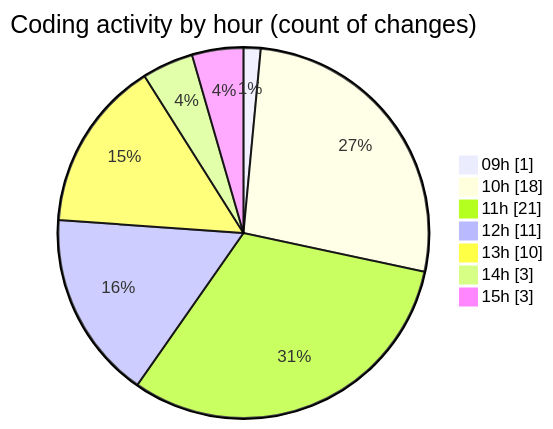
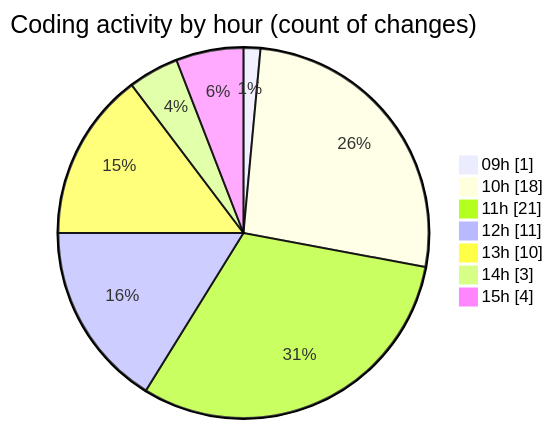
The second of 2 diagrams in 2026-08-11/cda/README.md (momahboobian/code-tracking), drawn with Mermaid before and after one commit. The commit also changed other lines of this file and 1 other file, not shown here.

````diff
--- a/2026-08-11/cda/README.md
+++ b/2026-08-11/cda/README.md
@@ -54,11 +55,11 @@
 ```mermaid
 pie showData
 title Coding activity by hour (count of changes)
 "09h" : 1
 "10h" : 18
 "11h" : 21
 "12h" : 11
 "13h" : 10
 "14h" : 3
-"15h" : 3
+"15h" : 4
 ```
````
